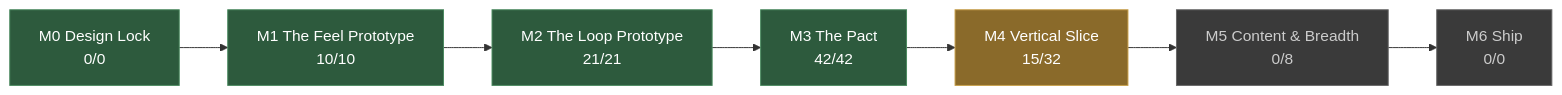
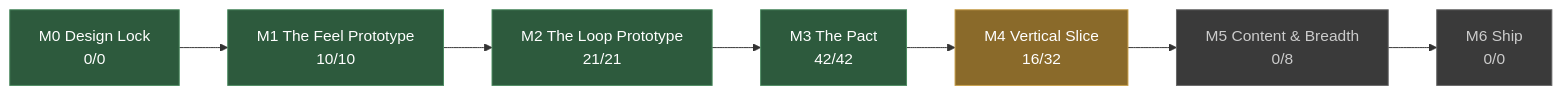
One commit to JoshuaGessner/she changed the diagram in docs/STATUS.md. Above: the diagram before and after it, drawn with Mermaid. The commit also changed other lines of this file and 32 other files, not shown here.

````diff
--- a/docs/STATUS.md
+++ b/docs/STATUS.md
@@ -13,19 +13,19 @@
 ```mermaid
 flowchart LR
   M0["M0 Design Lock<br/>0/0"]:::passed
   M1["M1 The Feel Prototype<br/>10/10"]:::passed
   M0 --> M1
   M2["M2 The Loop Prototype<br/>21/21"]:::passed
   M1 --> M2
   M3["M3 The Pact<br/>42/42"]:::passed
   M2 --> M3
-  M4["M4 Vertical Slice<br/>15/32"]:::current
+  M4["M4 Vertical Slice<br/>16/32"]:::current
   M3 --> M4
   M5["M5 Content & Breadth<br/>0/8"]:::ahead
   M4 --> M5
   M6["M6 Ship<br/>0/0"]:::ahead
   M5 --> M6
   classDef passed fill:#2d5a3d,stroke:#4a8a5f,color:#fff
   classDef current fill:#8a6a2a,stroke:#c8a04a,color:#fff
   classDef ahead fill:#3a3a3a,stroke:#666,color:#ccc
 ```
````
